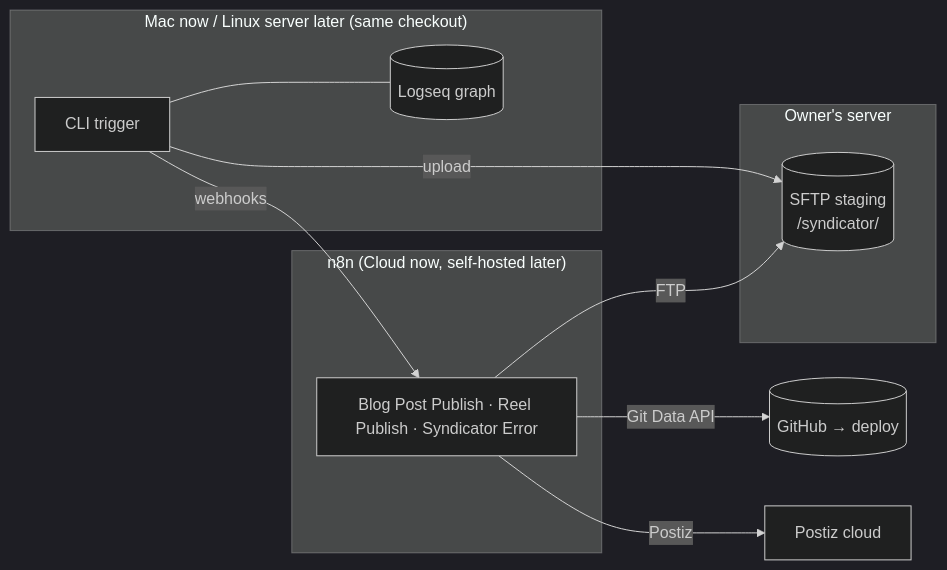
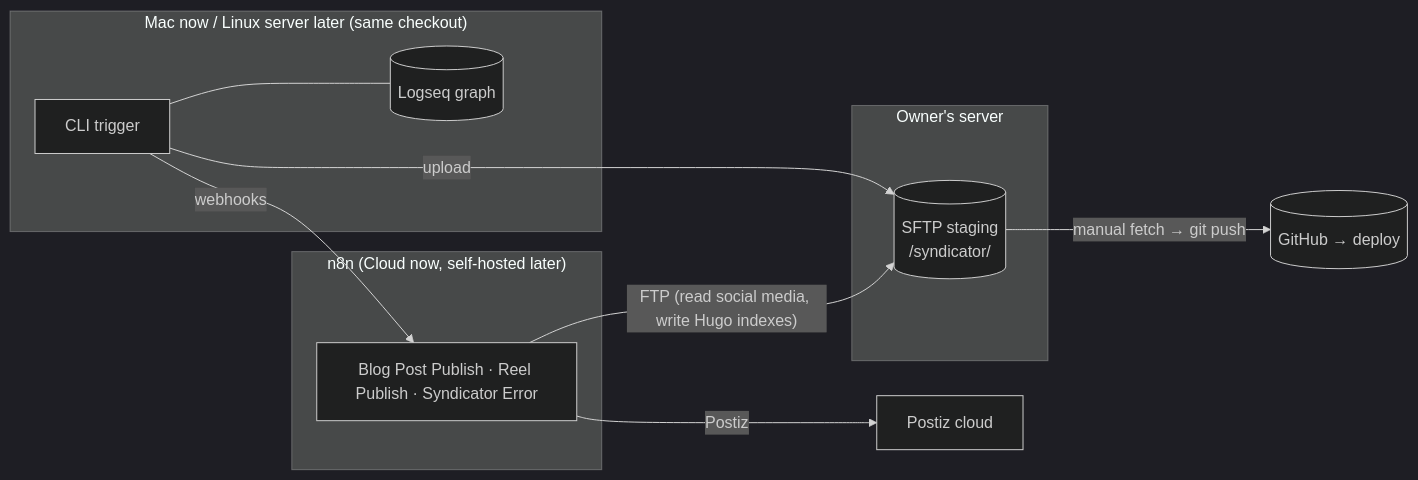
One commit to bbaumgartner/syndicator changed the second of 2 diagrams in docs/architecture.md. Above: the diagram before and after it, drawn with Mermaid (dark theme). The commit also changed other lines of this file and 10 other files, not shown here.

````diff
--- a/docs/architecture.md
+++ b/docs/architecture.md
@@ -224,19 +241,19 @@
 ```mermaid
 flowchart LR
     subgraph Local ["Mac now / Linux server later (same checkout)"]
         C["CLI trigger"]
         G[("Logseq graph")]
     end
     subgraph Owner ["Owner's server"]
         S[("SFTP staging\n/syndicator/")]
     end
     subgraph Cloud ["n8n (Cloud now, self-hosted later)"]
         WF["Blog Post Publish · Reel Publish · Syndicator Error"]
     end
     C --- G
     C -->|upload| S
     C -->|webhooks| WF
-    WF -->|FTP| S
-    WF -->|Git Data API| GH[("GitHub → deploy")]
+    WF -->|"FTP (read social media, write Hugo indexes)"| S
+    S -->|"manual fetch → git push"| GH[("GitHub → deploy")]
     WF -->|Postiz| PZ["Postiz cloud"]
 ```
````
